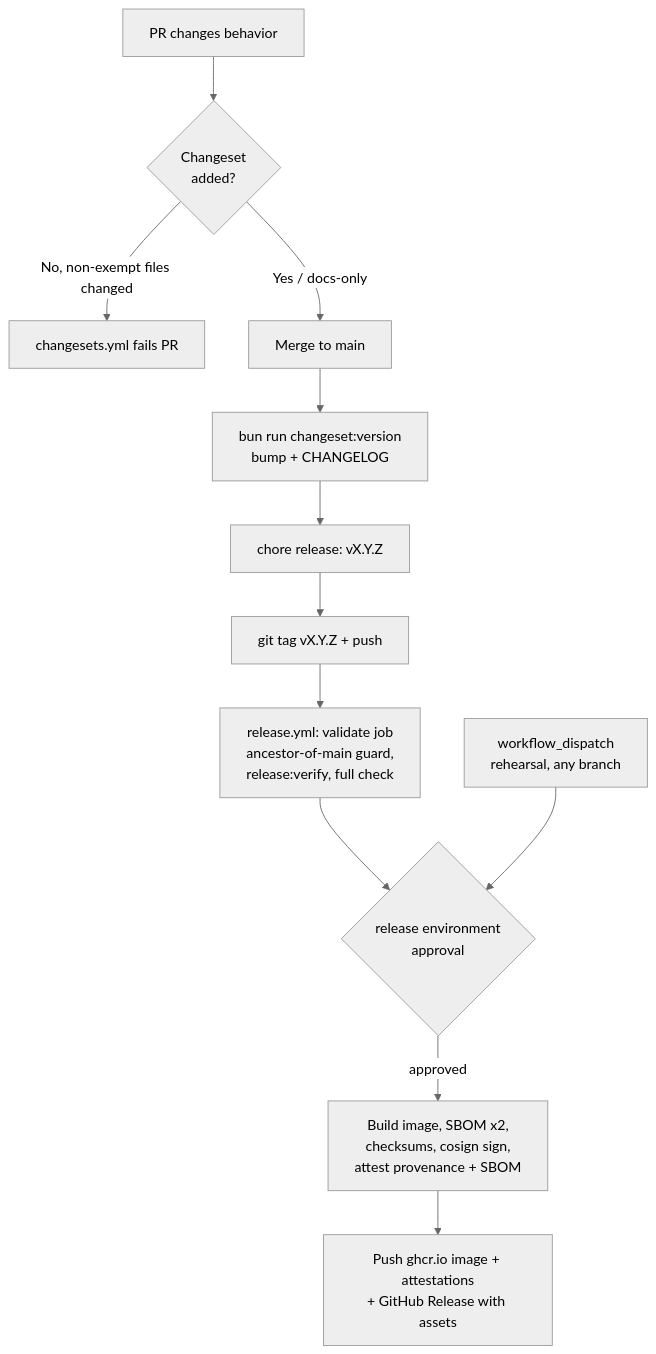
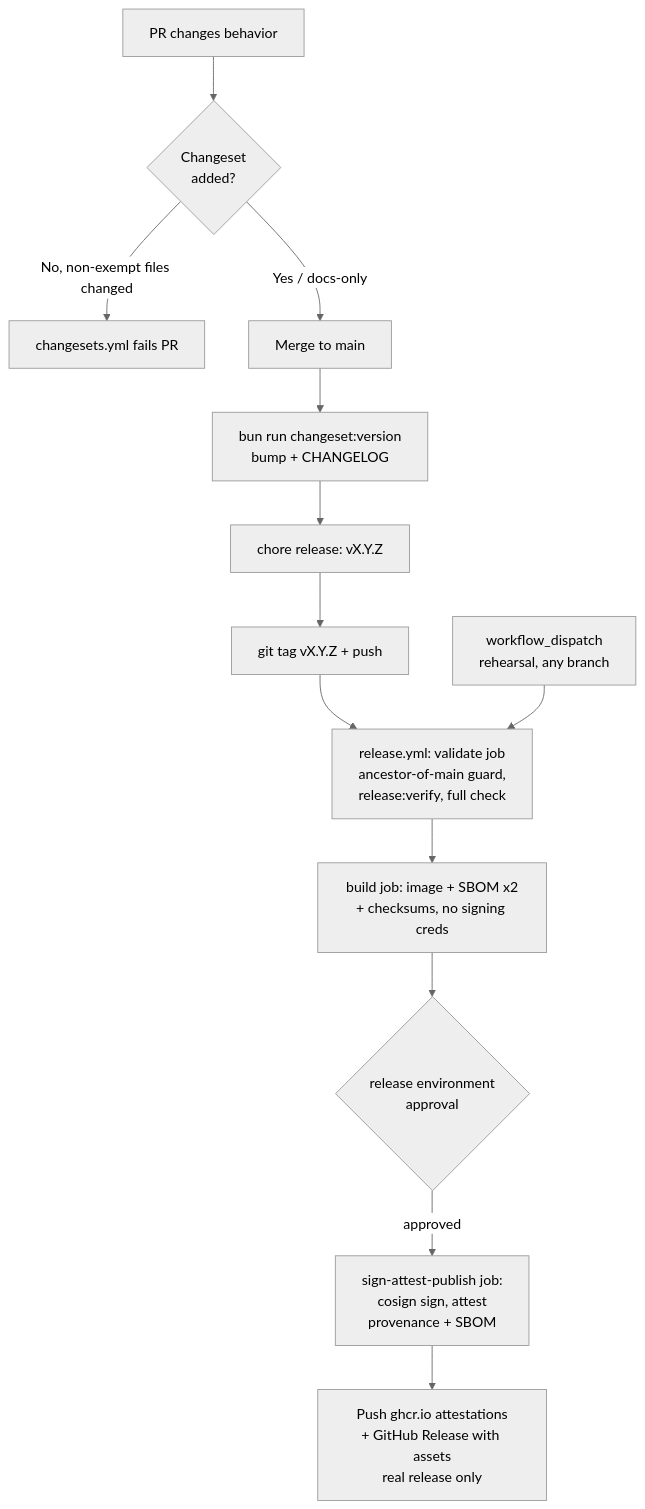
Before and after one commit to ahliweb/awcms-mini: the diagram in docs/awcms-mini/release-process.md, drawn with Mermaid (neutral theme). The commit also changed other lines of this file and 6 other files, not shown here.

````diff
--- a/docs/awcms-mini/release-process.md
+++ b/docs/awcms-mini/release-process.md
@@ -15,14 +15,15 @@
 ```mermaid
 flowchart TD
   PR[PR changes behavior] --> CS{Changeset<br/>added?}
   CS -- No, non-exempt files changed --> Block[changesets.yml fails PR]
   CS -- Yes / docs-only --> Merge[Merge to main]
   Merge --> Version[bun run changeset:version<br/>bump + CHANGELOG]
   Version --> Commit[chore release: vX.Y.Z]
   Commit --> Tag[git tag vX.Y.Z + push]
   Tag --> Validate[release.yml: validate job<br/>ancestor-of-main guard,<br/>release:verify, full check]
-  Validate --> Approve{release environment<br/>approval}
-  Approve -- approved --> Build[Build image, SBOM x2,<br/>checksums, cosign sign,<br/>attest provenance + SBOM]
-  Build --> Publish[Push ghcr.io image + attestations<br/>+ GitHub Release with assets]
-  Dispatch[workflow_dispatch<br/>rehearsal, any branch] --> Approve
+  Dispatch[workflow_dispatch<br/>rehearsal, any branch] --> Validate
+  Validate --> BuildJob[build job: image + SBOM x2<br/>+ checksums, no signing creds]
+  BuildJob --> Approve{release environment<br/>approval}
+  Approve -- approved --> SignJob[sign-attest-publish job:<br/>cosign sign, attest<br/>provenance + SBOM]
+  SignJob --> Publish[Push ghcr.io attestations<br/>+ GitHub Release with assets<br/>real release only]
 ```
````
